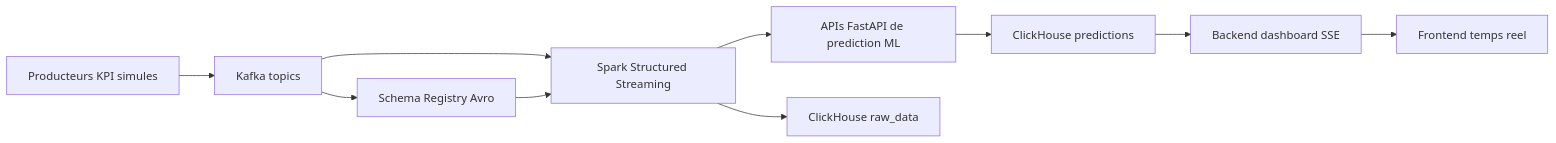
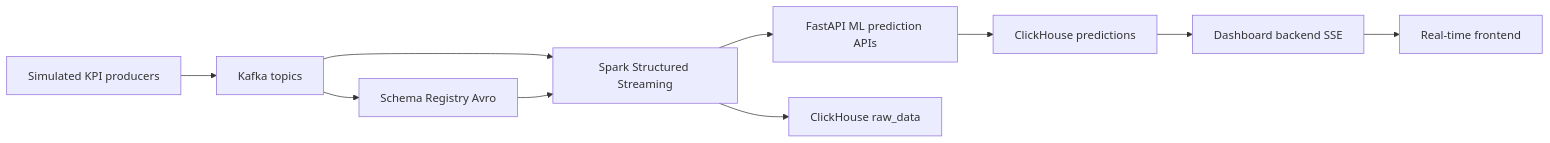
Before and after one commit to allaliamine/QoE-Analysis-Platform: the diagram in README.md, drawn with Mermaid. The commit also changed other lines of this file, not shown here.

````diff
--- a/README.md
+++ b/README.md
@@ -16,12 +16,12 @@
 ```mermaid
 flowchart LR
-    A[Producteurs KPI simules] --> B[Kafka topics]
+    A[Simulated KPI producers] --> B[Kafka topics]
     B --> C[Schema Registry Avro]
     B --> D[Spark Structured Streaming]
     C --> D
-    D --> E[APIs FastAPI de prediction ML]
+    D --> E[FastAPI ML prediction APIs]
     E --> F[ClickHouse predictions]
     D --> G[ClickHouse raw_data]
-    F --> H[Backend dashboard SSE]
-    H --> I[Frontend temps reel]
+    F --> H[Dashboard backend SSE]
+    H --> I[Real-time frontend]
 ```
````
